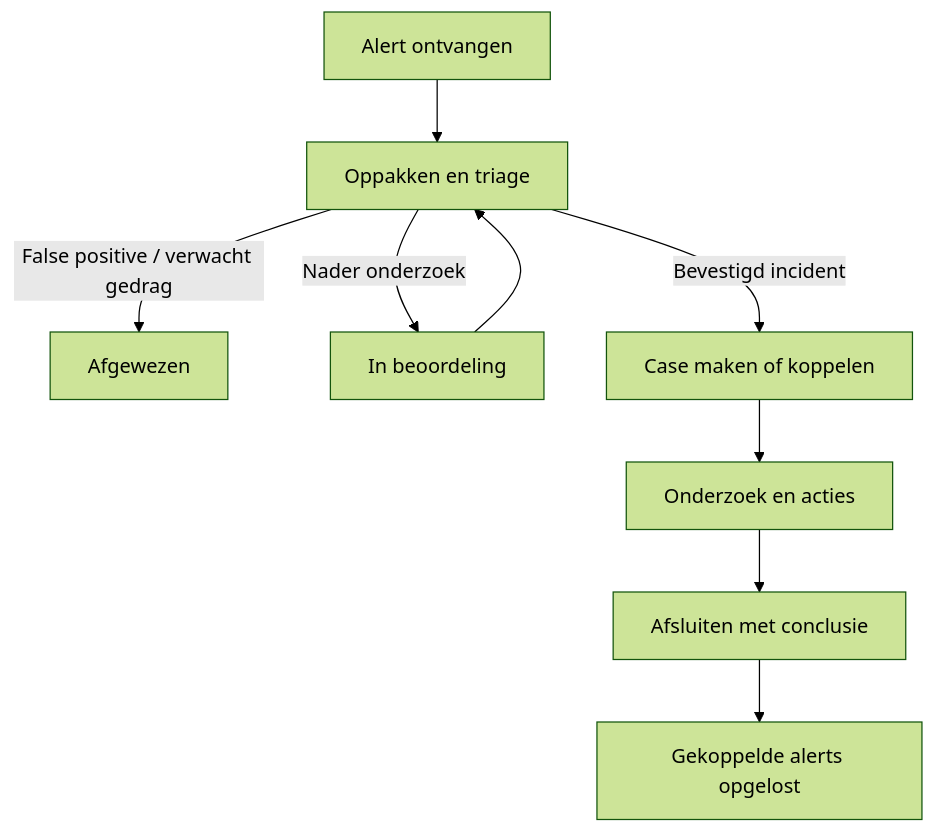
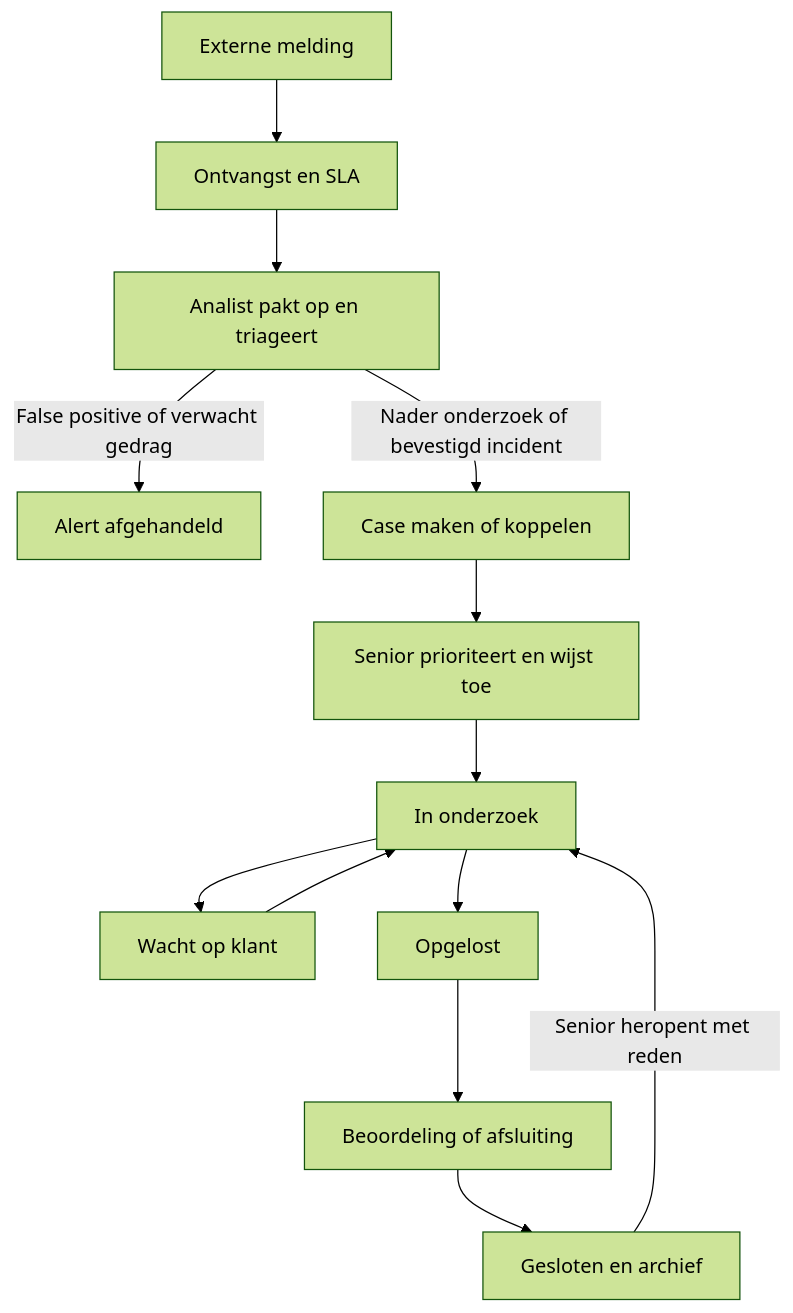
The first of 4 diagrams in README.md (TeunHSytrius/SOC3-Project), drawn with Mermaid (forest theme) before and after one commit. The commit also changed other lines of this file and 17 other files, not shown here.

````diff
--- a/README.md
+++ b/README.md
@@ -181,11 +366,15 @@
 ```mermaid
 flowchart TD
-    A[Alert ontvangen] --> B[Oppakken en triage]
-    B -->|False positive / verwacht gedrag| C[Afgewezen]
-    B -->|Nader onderzoek| D[In beoordeling]
-    D --> B
-    B -->|Bevestigd incident| E[Case maken of koppelen]
-    E --> F[Onderzoek en acties]
-    F --> G[Afsluiten met conclusie]
-    G --> H[Gekoppelde alerts opgelost]
+  A[Externe melding] --> B[Ontvangst en SLA]
+  B --> C[Analist pakt op en triageert]
+  C -->|False positive of verwacht gedrag| D[Alert afgehandeld]
+  C -->|Nader onderzoek of bevestigd incident| E[Case maken of koppelen]
+  E --> F[Senior prioriteert en wijst toe]
+  F --> G[In onderzoek]
+  G --> H[Wacht op klant]
+  H --> G
+  G --> I[Opgelost]
+  I --> J[Beoordeling of afsluiting]
+  J --> K[Gesloten en archief]
+  K -->|Senior heropent met reden| G
 ```
````
